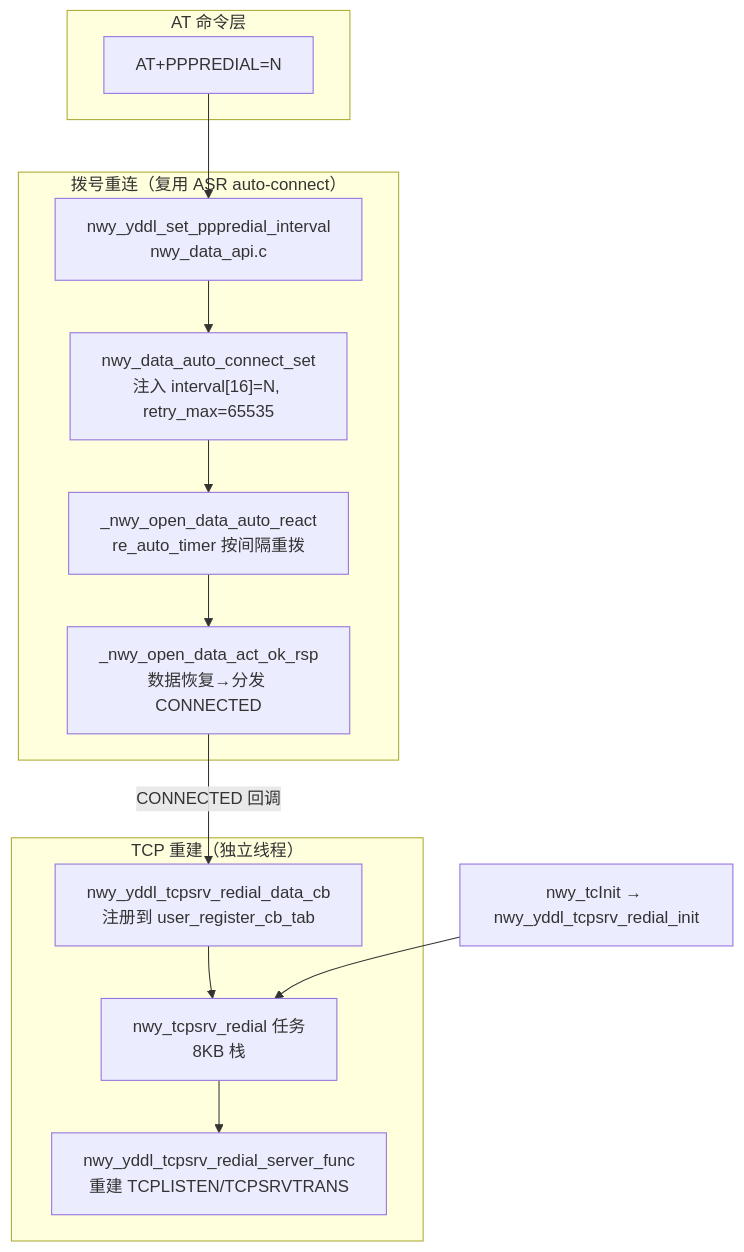
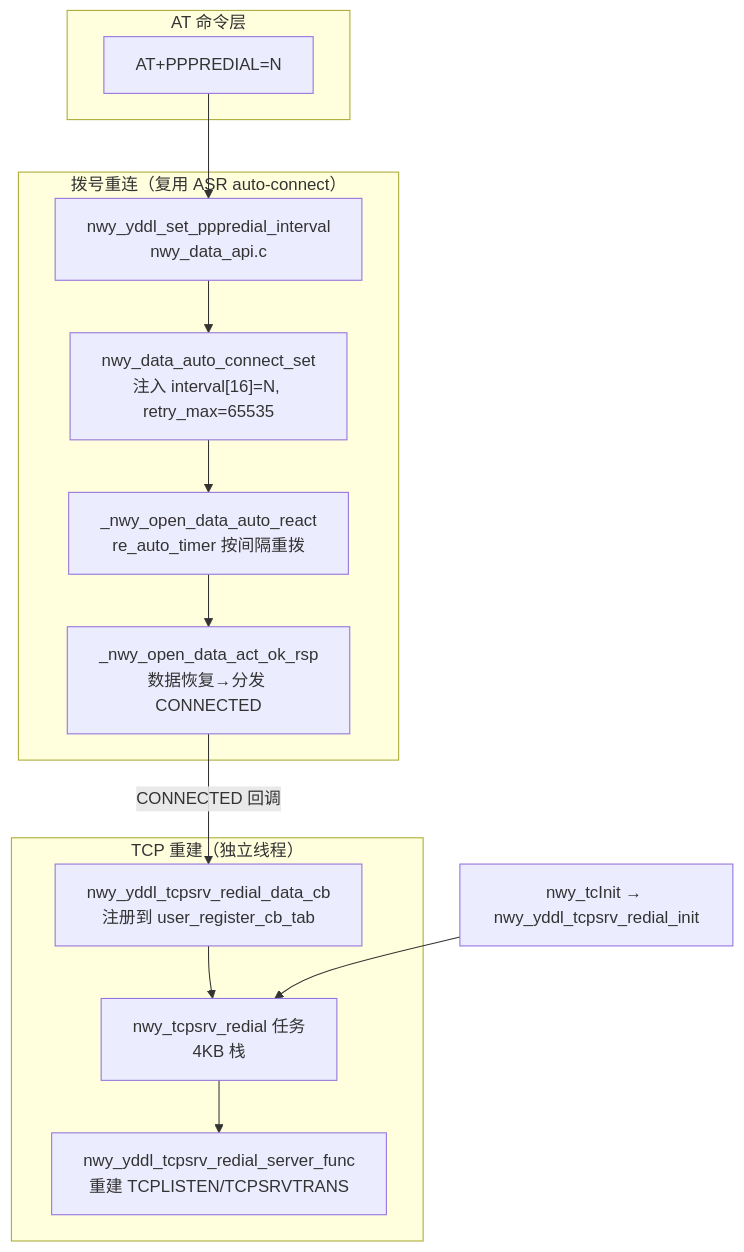
One commit to niusulong/.spec-embedded-iot changed the diagram in knowledge/platform/ASR1603/requirement-solutions/ASR1603_PPPREDIAL与TCP自动重建.md. Above: the diagram before and after it, drawn with Mermaid. The commit also changed other lines of this file and 11 other files, not shown here.

````diff
--- a/knowledge/platform/ASR1603/requirement-solutions/ASR1603_PPPREDIAL与TCP自动重建.md
+++ b/knowledge/platform/ASR1603/requirement-solutions/ASR1603_PPPREDIAL与TCP自动重建.md
@@ -132,20 +132,20 @@
 ```mermaid
 graph TB
     subgraph "AT 命令层"
         CMD["AT+PPPREDIAL=N"]
     end
     subgraph "拨号重连（复用 ASR auto-connect）"
         SET["nwy_yddl_set_pppredial_interval<br/>nwy_data_api.c"]
         AUTO["nwy_data_auto_connect_set<br/>注入 interval[16]=N, retry_max=65535"]
         DIAL["_nwy_open_data_auto_react<br/>re_auto_timer 按间隔重拨"]
         OK["_nwy_open_data_act_ok_rsp<br/>数据恢复→分发 CONNECTED"]
     end
     subgraph "TCP 重建（独立线程）"
-        TASK["nwy_tcpsrv_redial 任务<br/>8KB 栈"]
+        TASK["nwy_tcpsrv_redial 任务<br/>4KB 栈"]
         CB["nwy_yddl_tcpsrv_redial_data_cb<br/>注册到 user_register_cb_tab"]
         REBUILD["nwy_yddl_tcpsrv_redial_server_func<br/>重建 TCPLISTEN/TCPSRVTRANS"]
     end
     CMD --> SET --> AUTO --> DIAL --> OK
     OK -->|CONNECTED 回调| CB --> TASK --> REBUILD
     INIT["nwy_tcInit → nwy_yddl_tcpsrv_redial_init"] --> TASK
 ```
````
